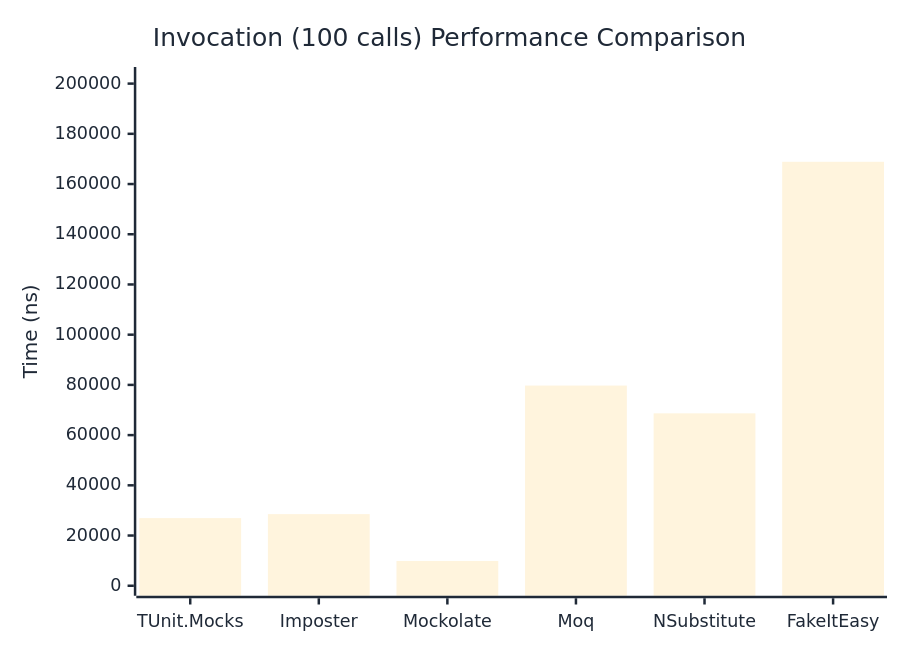
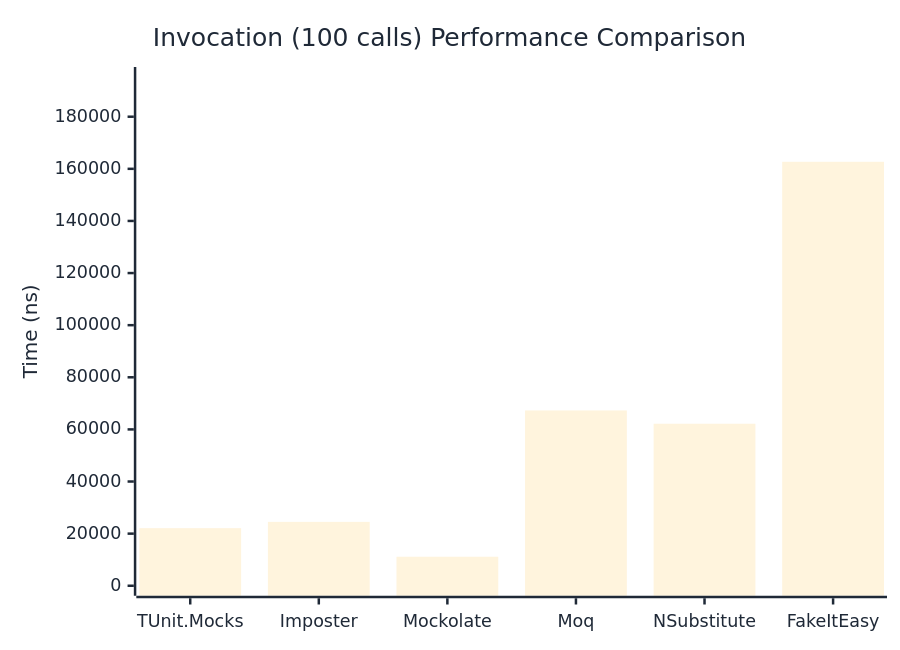
Before and after one commit to thomhurst/TUnit: the third of 3 diagrams in docs/docs/benchmarks/mocks/Invocation.md, drawn with Mermaid. The commit also changed other lines of this file and 14 other files, not shown here.

````diff
--- a/docs/docs/benchmarks/mocks/Invocation.md
+++ b/docs/docs/benchmarks/mocks/Invocation.md
@@ -112,27 +112,27 @@
 ```mermaid
 %%{init: {
   'theme':'base',
   'themeVariables': {
     'primaryColor': '#2563eb',
     'primaryTextColor': '#1f2937',
     'primaryBorderColor': '#1e40af',
     'lineColor': '#6b7280',
     'secondaryColor': '#7c3aed',
     'tertiaryColor': '#dc2626',
     'background': '#ffffff',
     'pie1': '#2563eb',
     'pie2': '#7c3aed',
     'pie3': '#dc2626',
     'pie4': '#f59e0b',
     'pie5': '#10b981',
     'pie6': '#06b6d4',
     'pie7': '#ec4899',
     'pie8': '#6366f1'
   }
 }}%%
 xychart-beta
   title "Invocation (100 calls) Performance Comparison"
   x-axis ["TUnit.Mocks", "Imposter", "Mockolate", "Moq", "NSubstitute", "FakeItEasy"]
-  y-axis "Time (ns)" 0 --> 202632
-  bar [26937.4, 28526.3, 9876.2, 79740, 68668, 168859.3]
+  y-axis "Time (ns)" 0 --> 195239
+  bar [22101.89, 24515.09, 11135.19, 67274.15, 62177.48, 162698.93]
 ```
````
